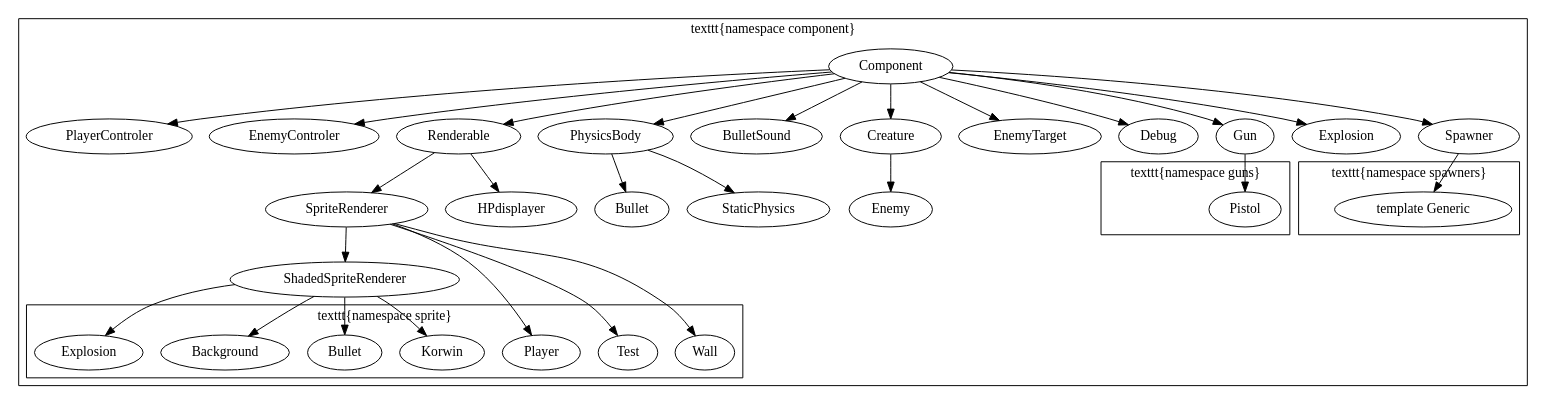
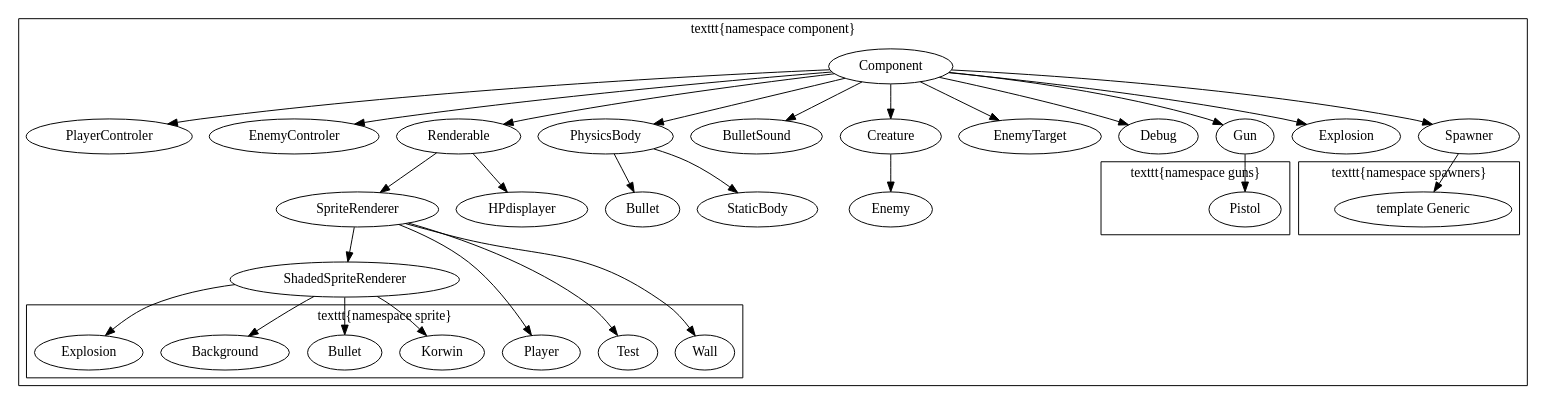
The diagram in docs/renderable.dot (HakierGrzonzo/GrzesSFMLlib), drawn with Graphviz before and after one commit. The commit also changed 5 other files, not shown here.

```diff
--- a/docs/renderable.dot
+++ b/docs/renderable.dot
@@ -1,73 +1,73 @@
 digraph G {
 	subgraph cluster_Component {
 		Component;
 		PlayerControler;
 			Component -> PlayerControler;
 		EnemyControler;
 			Component -> EnemyControler;
 		Renderable;
 			Component -> Renderable;
 		SpriteRenderer;
 			Renderable -> SpriteRenderer;
 		ShadedSpriteRenderer;
 			SpriteRenderer -> ShadedSpriteRenderer;
 		HPdisplayer;
 			Renderable -> HPdisplayer;
 		PhysicsBody;
 			Component -> PhysicsBody;
 		Bullet;
 			PhysicsBody -> Bullet;
 		BulletSound;
 			Component -> BulletSound;
 		Creature;
 			Component -> Creature;
 		Enemy;
 			Creature -> Enemy;
 		EnemyTarget;
 			Component -> EnemyTarget;
 		Debug;
 			Component -> Debug;
 		Gun;
 			Component -> Gun;
 		Explosion;
 			Component -> Explosion;
 		Spawner;
 			Component -> Spawner;
-		StaticPhysics;
-			PhysicsBody -> StaticPhysics;
+		StaticBody;
+			PhysicsBody -> StaticBody;
 		label="\texttt{namespace component}";
 
 		subgraph cluster_Sprites {
 			Player;
 			BulletSprite [label=Bullet];
 			Background;
 			ExplosionSprite [label=Explosion];
 			Test;
 			Wall;
 			Korwin;
 			label="\texttt{namespace sprite}";
 		}
 		SpriteRenderer -> Wall;
 		SpriteRenderer -> Player;
 		SpriteRenderer -> Test;
 
 		ShadedSpriteRenderer -> BulletSprite;
 		ShadedSpriteRenderer -> Background;
 		ShadedSpriteRenderer -> ExplosionSprite;
 		ShadedSpriteRenderer -> Korwin;
 
 		subgraph cluster_Guns {
 			Pistol;
 			label="\texttt{namespace guns}"
 		}
 		Gun -> Pistol;
 
 		subgraph cluster_Spawners {
 			Generic [label="template Generic"];
 			label="\texttt{namespace spawners}"
 		}
 		Spawner -> Generic;
 
 	}
 
 }
```
